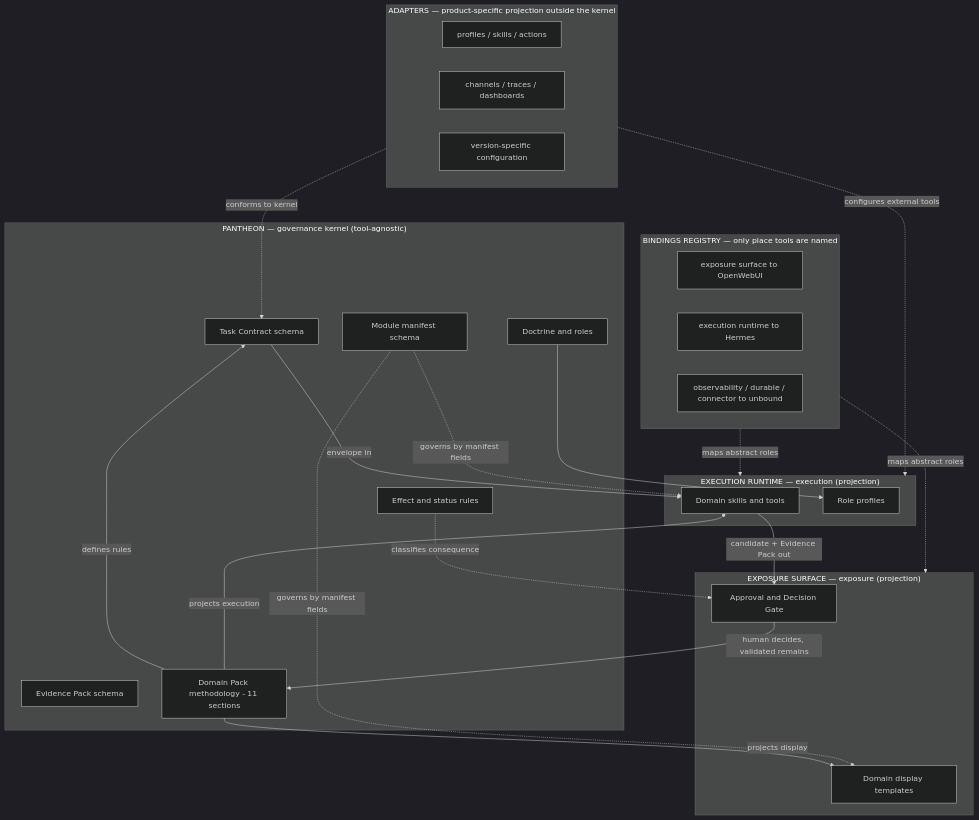
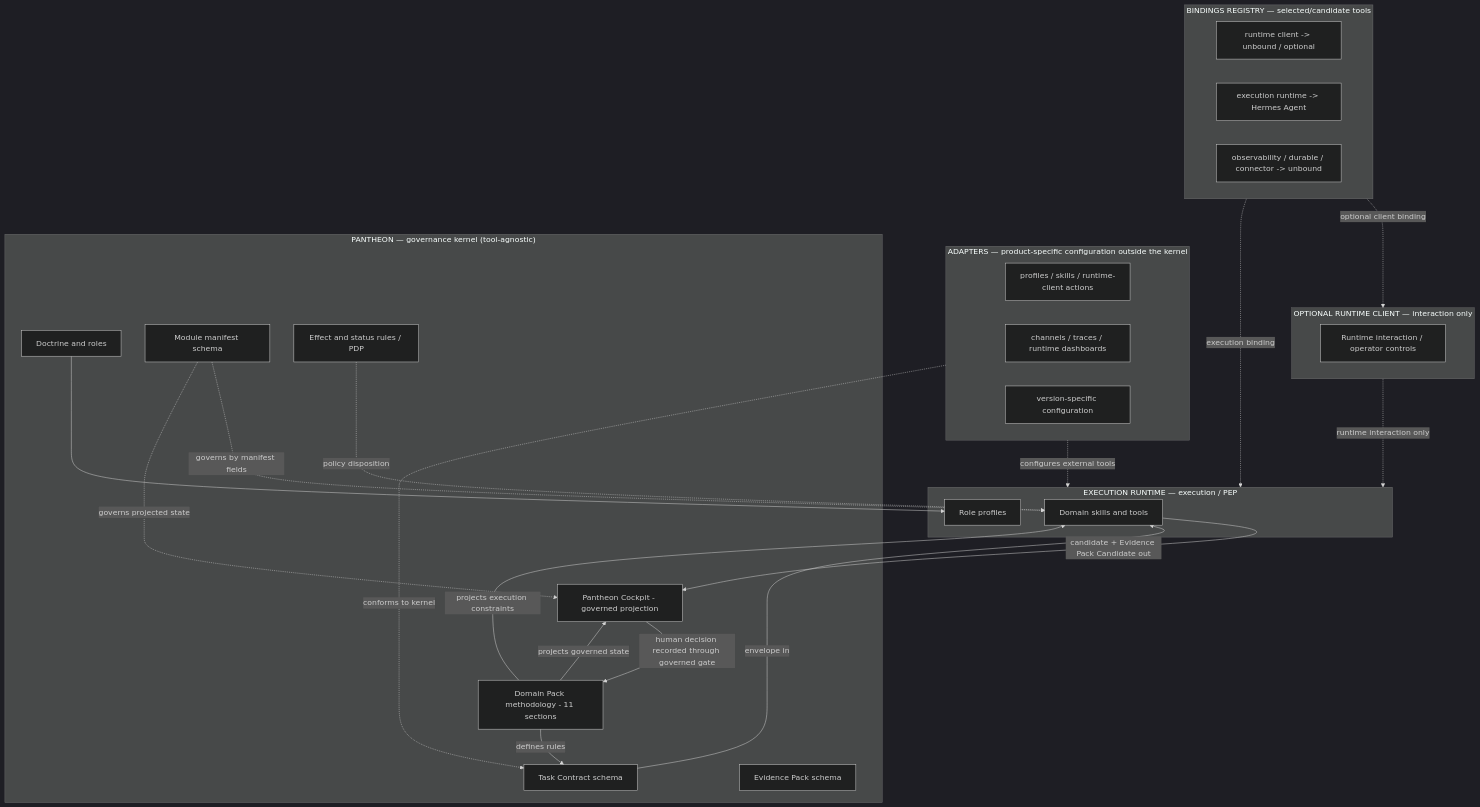
The diagram in docs/governance/MODULAR_DOMAIN_REORIENTATION.md (ifanjuang/Pantheon-Next), drawn with Mermaid (dark theme) before and after one commit. The commit also changed other lines of this file, not shown here.

Commit message:
docs(convergence): reorient modular bindings around runtime client and Cockpit

````diff
--- a/docs/governance/MODULAR_DOMAIN_REORIENTATION.md
+++ b/docs/governance/MODULAR_DOMAIN_REORIENTATION.md
@@ -291,48 +303,49 @@
 ```mermaid
 flowchart TB
   subgraph PANTHEON["PANTHEON — governance kernel (tool-agnostic)"]
     DOC[Doctrine and roles]
     CONTRACT[Task Contract schema]
     EVID[Evidence Pack schema]
     MANIFEST[Module manifest schema]
-    EFFECT[Effect and status rules]
+    EFFECT[Effect and status rules / PDP]
     PACK[Domain Pack methodology - 11 sections]
+    COCKPIT[Pantheon Cockpit - governed projection]
   end
 
-  subgraph BIND["BINDINGS REGISTRY — only place tools are named"]
-    B1[exposure surface to OpenWebUI]
-    B2[execution runtime to Hermes]
-    B3[observability / durable / connector to unbound]
+  subgraph BIND["BINDINGS REGISTRY — selected/candidate tools"]
+    B1[runtime client -> unbound / optional]
+    B2[execution runtime -> Hermes Agent]
+    B3[observability / durable / connector -> unbound]
   end
 
-  subgraph ADAPT["ADAPTERS — product-specific projection outside the kernel"]
-    A1[profiles / skills / actions]
-    A2[channels / traces / dashboards]
+  subgraph ADAPT["ADAPTERS — product-specific configuration outside the kernel"]
+    A1[profiles / skills / runtime-client actions]
+    A2[channels / traces / runtime dashboards]
     A3[version-specific configuration]
   end
 
-  subgraph OWUI["EXPOSURE SURFACE — exposure (projection)"]
-    OT[Domain display templates]
-    GATE[Approval and Decision Gate]
+  subgraph CLIENT["OPTIONAL RUNTIME CLIENT — interaction only"]
+    RI[Runtime interaction / operator controls]
   end
 
-  subgraph RUNTIME["EXECUTION RUNTIME — execution (projection)"]
+  subgraph RUNTIME["EXECUTION RUNTIME — execution / PEP"]
     SK[Domain skills and tools]
     PR[Role profiles]
   end
 
   PACK -->|defines rules| CONTRACT
-  PACK -->|projects display| OT
-  PACK -->|projects execution| SK
+  PACK -->|projects governed state| COCKPIT
+  PACK -->|projects execution constraints| SK
   DOC --> PR
   CONTRACT -->|envelope in| SK
-  SK -->|candidate + Evidence Pack out| GATE
-  GATE -->|human decides, validated remains| PACK
+  SK -->|candidate + Evidence Pack Candidate out| COCKPIT
+  COCKPIT -->|human decision recorded through governed gate| PACK
   MANIFEST -. governs by manifest fields .-> SK
-  MANIFEST -. governs by manifest fields .-> OT
-  EFFECT -. classifies consequence .-> GATE
-  BIND -. maps abstract roles .-> OWUI
-  BIND -. maps abstract roles .-> RUNTIME
+  MANIFEST -. governs projected state .-> COCKPIT
+  EFFECT -. policy disposition .-> SK
+  BIND -. optional client binding .-> CLIENT
+  BIND -. execution binding .-> RUNTIME
   ADAPT -. conforms to kernel .-> CONTRACT
   ADAPT -. configures external tools .-> RUNTIME
+  CLIENT -. runtime interaction only .-> RUNTIME
 ```
````
